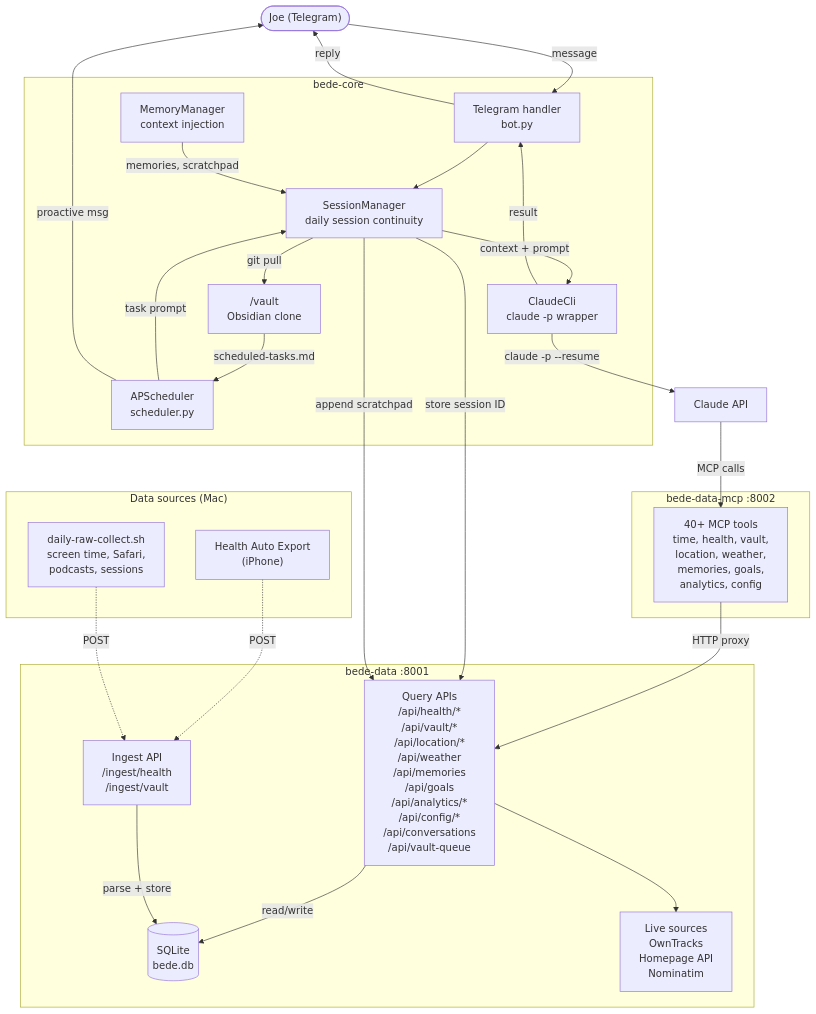
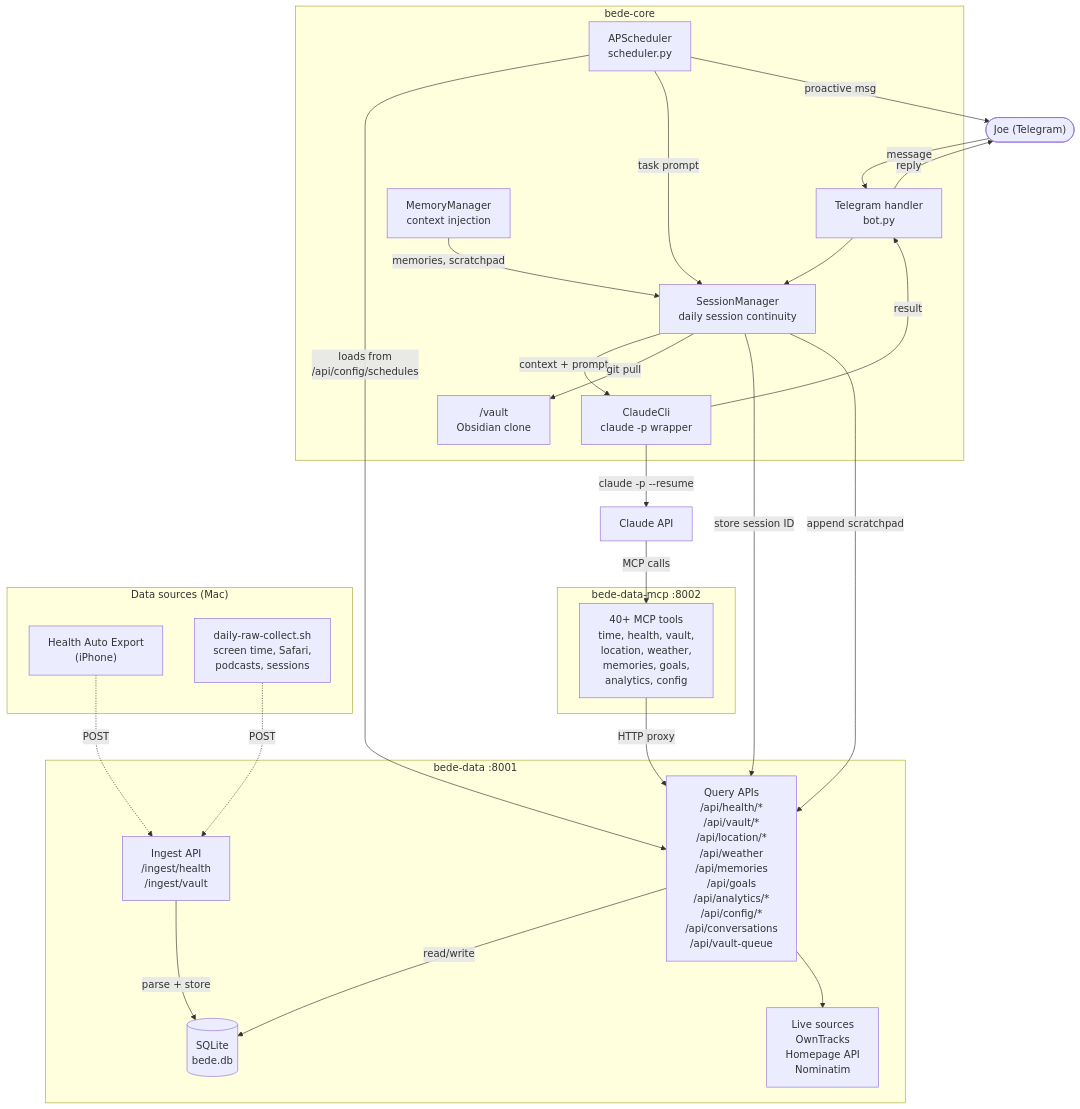
The second of 3 diagrams in ARCHITECTURE.md (josephradford/bede), drawn with Mermaid before and after one commit. The commit also changed other lines of this file and 2 other files, not shown here.

First line of the commit message:
docs: remove stale vault-based scheduled-tasks references (#54)

```diff
--- a/ARCHITECTURE.md
+++ b/ARCHITECTURE.md
@@ -151,7 +151,7 @@
     session -- "context + prompt" --> cli
     memory -- "memories, scratchpad" --> session
     session -- "git pull" --> vault
-    vault -- "scheduled-tasks.md" --> sched
+    sched -- "loads from\n/api/config/schedules" --> api
     sched -- "task prompt" --> session
 
     cli -- "claude -p --resume" --> Claude["Claude API"]
```
